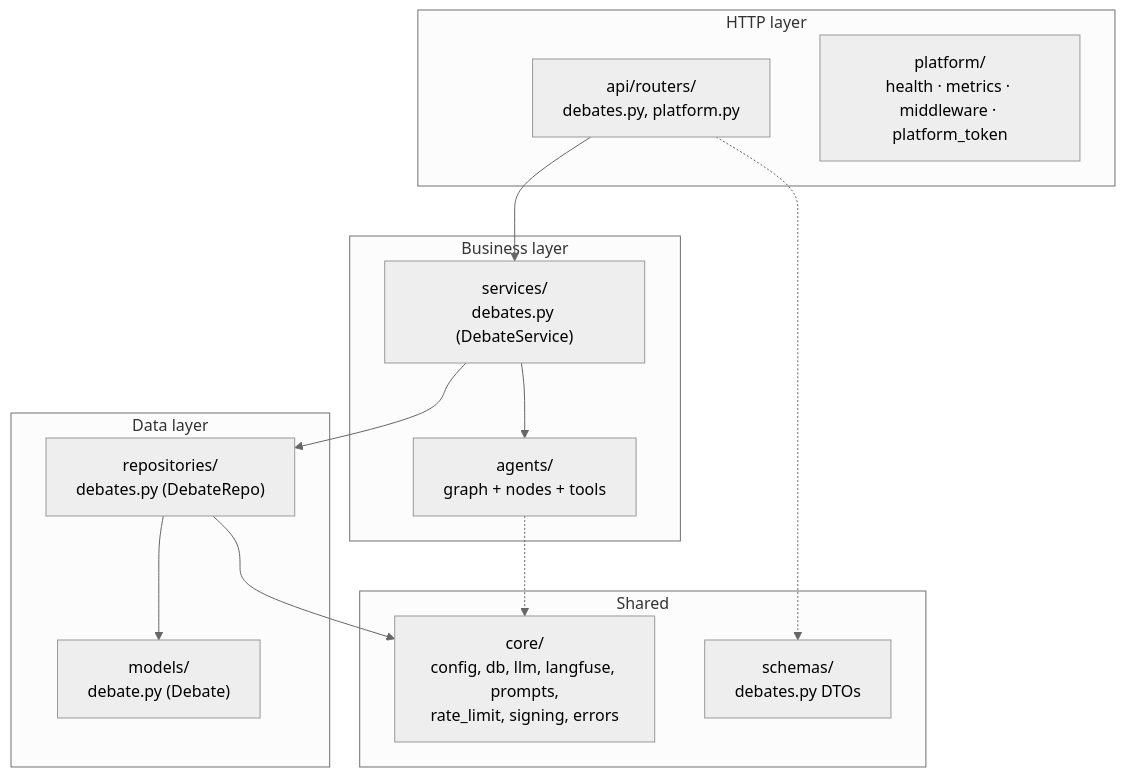
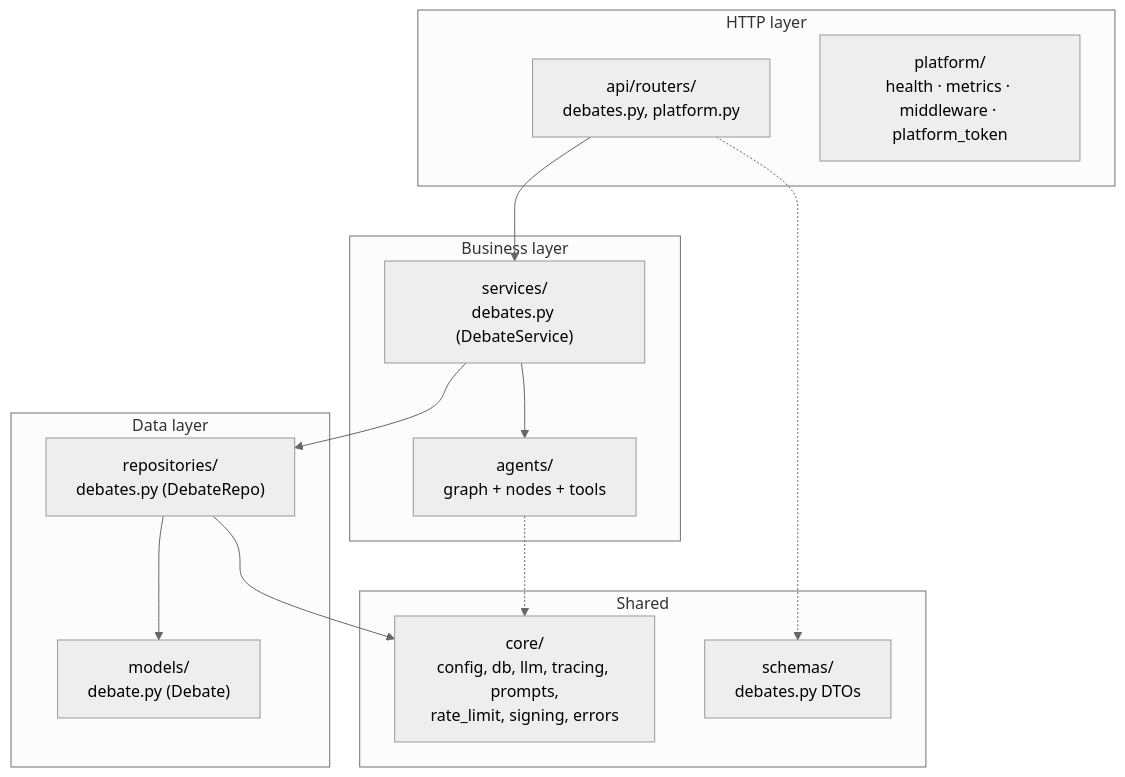
The second of 4 diagrams in docs/ARCHITECTURE.md (Abdul-Muizz1310/paper-trail-backend), drawn with Mermaid (neutral theme) before and after one commit. The commit also changed other lines of this file and 5 other files, not shown here.

````diff
--- a/docs/ARCHITECTURE.md
+++ b/docs/ARCHITECTURE.md
@@ -102,30 +102,30 @@
 ```mermaid
 flowchart TD
     subgraph HTTP ["HTTP layer"]
         Routers["api/routers/<br/>debates.py, platform.py"]
         Plat["platform/<br/>health · metrics · middleware · platform_token"]
     end
 
     subgraph Business ["Business layer"]
         Services["services/<br/>debates.py (DebateService)"]
         Agents["agents/<br/>graph + nodes + tools"]
     end
 
     subgraph Data ["Data layer"]
         Repos["repositories/<br/>debates.py (DebateRepo)"]
         Models["models/<br/>debate.py (Debate)"]
     end
 
     subgraph Shared ["Shared"]
         Schemas["schemas/<br/>debates.py DTOs"]
-        Core["core/<br/>config, db, llm, langfuse, prompts,<br/>rate_limit, signing, errors"]
+        Core["core/<br/>config, db, llm, tracing, prompts,<br/>rate_limit, signing, errors"]
     end
 
     Routers --> Services
     Routers -.-> Schemas
     Services --> Repos
     Services --> Agents
     Agents -.-> Core
     Repos --> Models
     Repos --> Core
 ```
````
